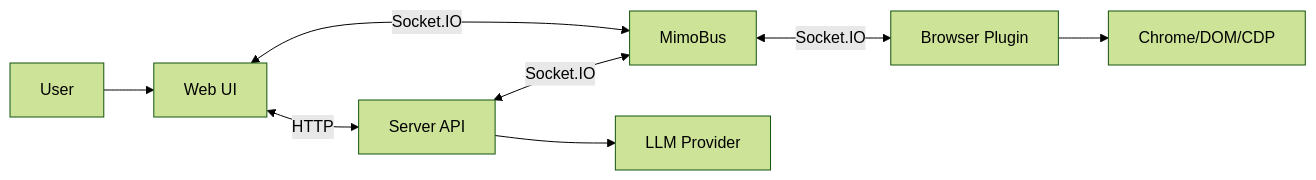
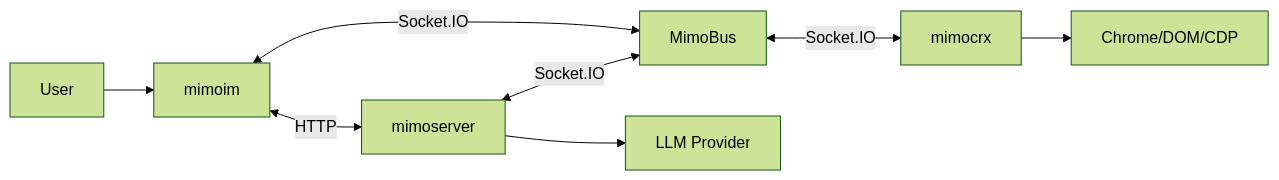
The diagram in turbo/docs/system-design/README.md (originpointer/mimo), drawn with Mermaid (forest theme) before and after one commit. The commit also changed other lines of this file and 157 other files, not shown here.

````diff
--- a/turbo/docs/system-design/README.md
+++ b/turbo/docs/system-design/README.md
@@ -30,10 +56,10 @@
 ```mermaid
 flowchart LR
-  U[User] --> W[Web UI]
-  W <-->|HTTP| S[Server API]
+  U[User] --> W[mimoim]
+  W <-->|HTTP| S[mimoserver]
   W <-->|Socket.IO| B[MimoBus]
   S <-->|Socket.IO| B
-  B <-->|Socket.IO| P[Browser Plugin]
+  B <-->|Socket.IO| P[mimocrx]
   P --> C[Chrome/DOM/CDP]
   S --> L[LLM Provider]
 ```
````
